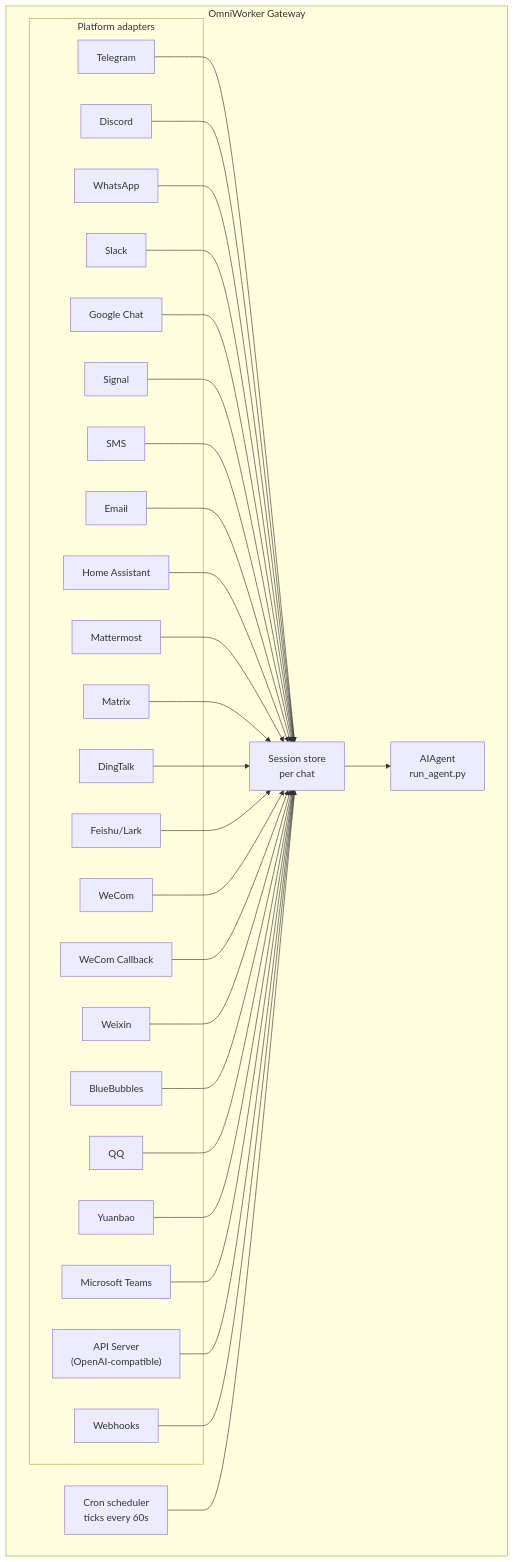
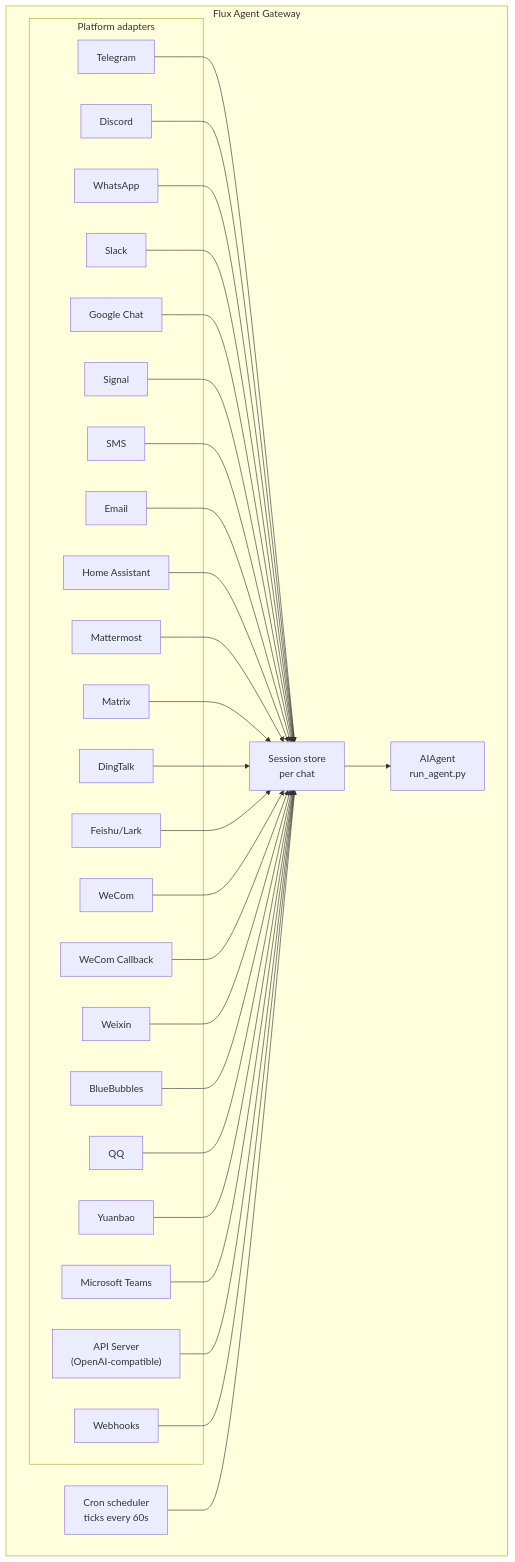
The diagram in omniworker-agent/website/docs/user-guide/messaging/index.md (NLSARCOS/omniworker-b2b), drawn with Mermaid before and after one commit. The commit also changed other lines of this file and 1982 other files, not shown here.

````diff
--- a/omniworker-agent/website/docs/user-guide/messaging/index.md
+++ b/omniworker-agent/website/docs/user-guide/messaging/index.md
@@ -43,58 +43,58 @@
 ```mermaid
 flowchart TB
-    subgraph Gateway["OmniWorker Gateway"]
+    subgraph Gateway["Flux Agent Gateway"]
         subgraph Adapters["Platform adapters"]
             tg[Telegram]
             dc[Discord]
             wa[WhatsApp]
             sl[Slack]
             gc[Google Chat]
             sig[Signal]
             sms[SMS]
             em[Email]
             ha[Home Assistant]
             mm[Mattermost]
             mx[Matrix]
             dt[DingTalk]
     fs[Feishu/Lark]
     wc[WeCom]
     wcb[WeCom Callback]
     wx[Weixin]
     bb[BlueBubbles]
     qq[QQ]
     yb[Yuanbao]
     ms[Microsoft Teams]
     api["API Server<br/>(OpenAI-compatible)"]
     wh[Webhooks]
         end
 
         store["Session store<br/>per chat"]
         agent["AIAgent<br/>run_agent.py"]
         cron["Cron scheduler<br/>ticks every 60s"]
     end
 
     tg --> store
     dc --> store
     wa --> store
     sl --> store
     gc --> store
     sig --> store
     sms --> store
     em --> store
     ha --> store
     mm --> store
     mx --> store
     dt --> store
     fs --> store
     wc --> store
     wcb --> store
     wx --> store
     bb --> store
     qq --> store
     yb --> store
     ms --> store
     api --> store
     wh --> store
     store --> agent
     cron --> store
 ```
````
